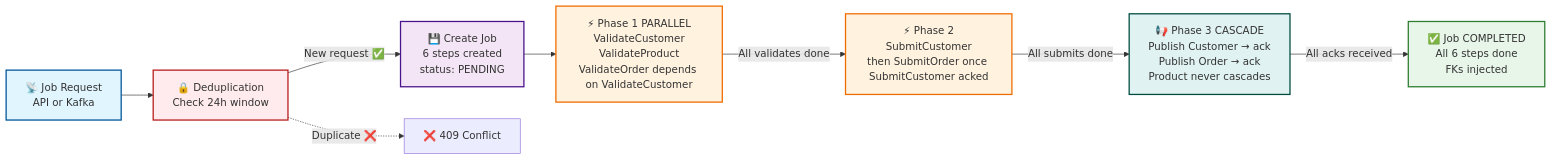
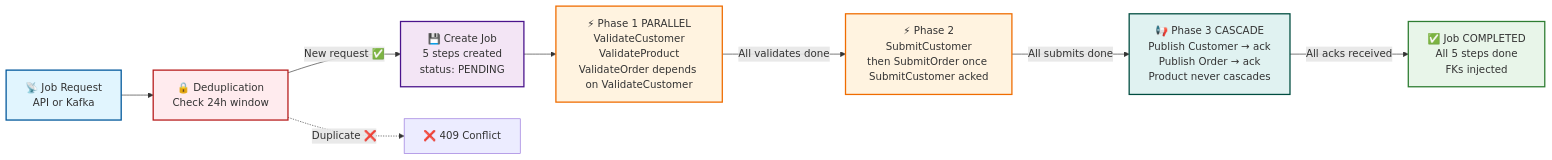
Before and after one commit to inctasoft/setpoint-evals-dtm-examples: the eighth of 9 diagrams in docs/guides/system-architecture.md, drawn with Mermaid. The commit also changed other lines of this file, not shown here.

First line of the commit message:
docs: fix remaining drift in Section 3 (Job Orchestration & Step Delegation)

````diff
--- a/docs/guides/system-architecture.md
+++ b/docs/guides/system-architecture.md
@@ -953,38 +945,38 @@
 ```mermaid
 graph LR
     START[📡 Job Request<br/>API or Kafka]
 
     DEDUP[🔒 Deduplication<br/>Check 24h window]
 
-    CREATE[💾 Create Job<br/>6 steps created<br/>status: PENDING]
+    CREATE[💾 Create Job<br/>5 steps created<br/>status: PENDING]
 
     PHASE1[⚡ Phase 1 PARALLEL<br/>ValidateCustomer<br/>ValidateProduct<br/>ValidateOrder depends on ValidateCustomer]
 
     PHASE2[⚡ Phase 2<br/>SubmitCustomer<br/>then SubmitOrder once SubmitCustomer acked]
 
     CASCADE[📢 Phase 3 CASCADE<br/>Publish Customer → ack<br/>Publish Order → ack<br/>Product never cascades]
 
-    COMPLETE[✅ Job COMPLETED<br/>All 6 steps done<br/>FKs injected]
+    COMPLETE[✅ Job COMPLETED<br/>All 5 steps done<br/>FKs injected]
 
     START --> DEDUP
     DEDUP -->|New request ✅| CREATE
     DEDUP -.->|Duplicate ❌| REJECT[❌ 409 Conflict]
     CREATE --> PHASE1
     PHASE1 -->|All validates done| PHASE2
     PHASE2 -->|All submits done| CASCADE
     CASCADE -->|All acks received| COMPLETE
 
     classDef entry fill:#e1f5fe,stroke:#01579b,stroke-width:2px
     classDef security fill:#ffebee,stroke:#b71c1c,stroke-width:2px
     classDef orchestrator fill:#f3e5f5,stroke:#4a148c,stroke-width:2px
     classDef processing fill:#fff3e0,stroke:#ef6c00,stroke-width:2px
     classDef kafka fill:#e0f2f1,stroke:#004d40,stroke-width:2px
     classDef complete fill:#e8f5e9,stroke:#2e7d32,stroke-width:2px
 
     class START entry
     class DEDUP security
     class CREATE orchestrator
     class PHASE1,PHASE2 processing
     class CASCADE kafka
     class COMPLETE complete
 ```
````
